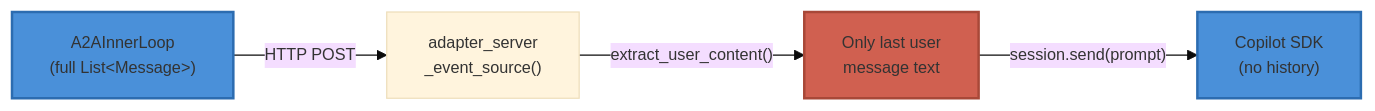
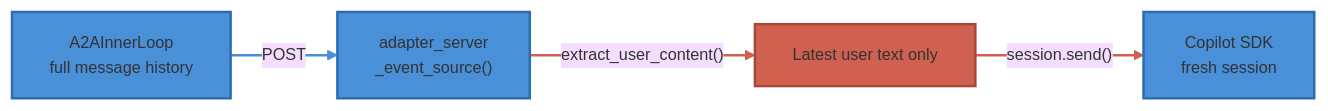
Before and after one commit to Intelligent-Internet/ii-agent: the diagram in docs/design-docs/a2a-conversation-history-parity.md, drawn with Mermaid. The commit also changed other lines of this file and 34 other files, not shown here.

````diff
--- a/docs/design-docs/a2a-conversation-history-parity.md
+++ b/docs/design-docs/a2a-conversation-history-parity.md
@@ -20,12 +20,15 @@
 ```mermaid
 %%{init: {'theme':'base', 'themeVariables': {'fontFamily': 'Arial, sans-serif', 'fontSize': '13px', 'fontWeight': 'normal'}}}%%
 flowchart LR
-    A["A2AInnerLoop<br/>(full List&lt;Message&gt;)"] -->|"HTTP POST"| B["adapter_server<br/>_event_source()"]
-    B -->|"extract_user_content()"| C["Only last user<br/>message text"]
-    C -->|"session.send(prompt)"| D["Copilot SDK<br/>(no history)"]
+   A["A2AInnerLoop<br/>full message history"] -->|POST| B["adapter_server<br/>_event_source()"]
+   B -->|"extract_user_content()"| C["Latest user text only"]
+   C -->|"session.send()"| D["Copilot SDK<br/>fresh session"]
 
     classDef danger fill:#d06050,stroke:#a84838,stroke-width:2px
     classDef primary fill:#4a90d9,stroke:#2c6cb0,stroke-width:2px
     class C danger
-    class A,D primary
+   class A,B,D primary
+   linkStyle 0 stroke:#4a90d9,stroke-width:2px
+   linkStyle 1 stroke:#d06050,stroke-width:2px
+   linkStyle 2 stroke:#d06050,stroke-width:2px
 ```
````
